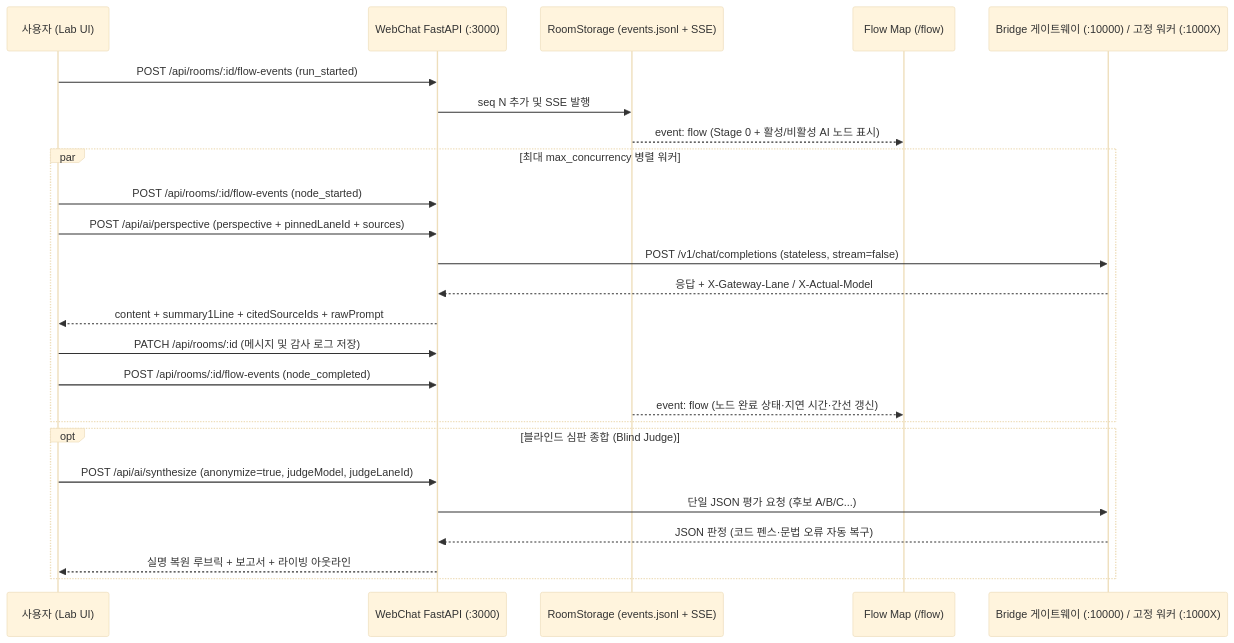
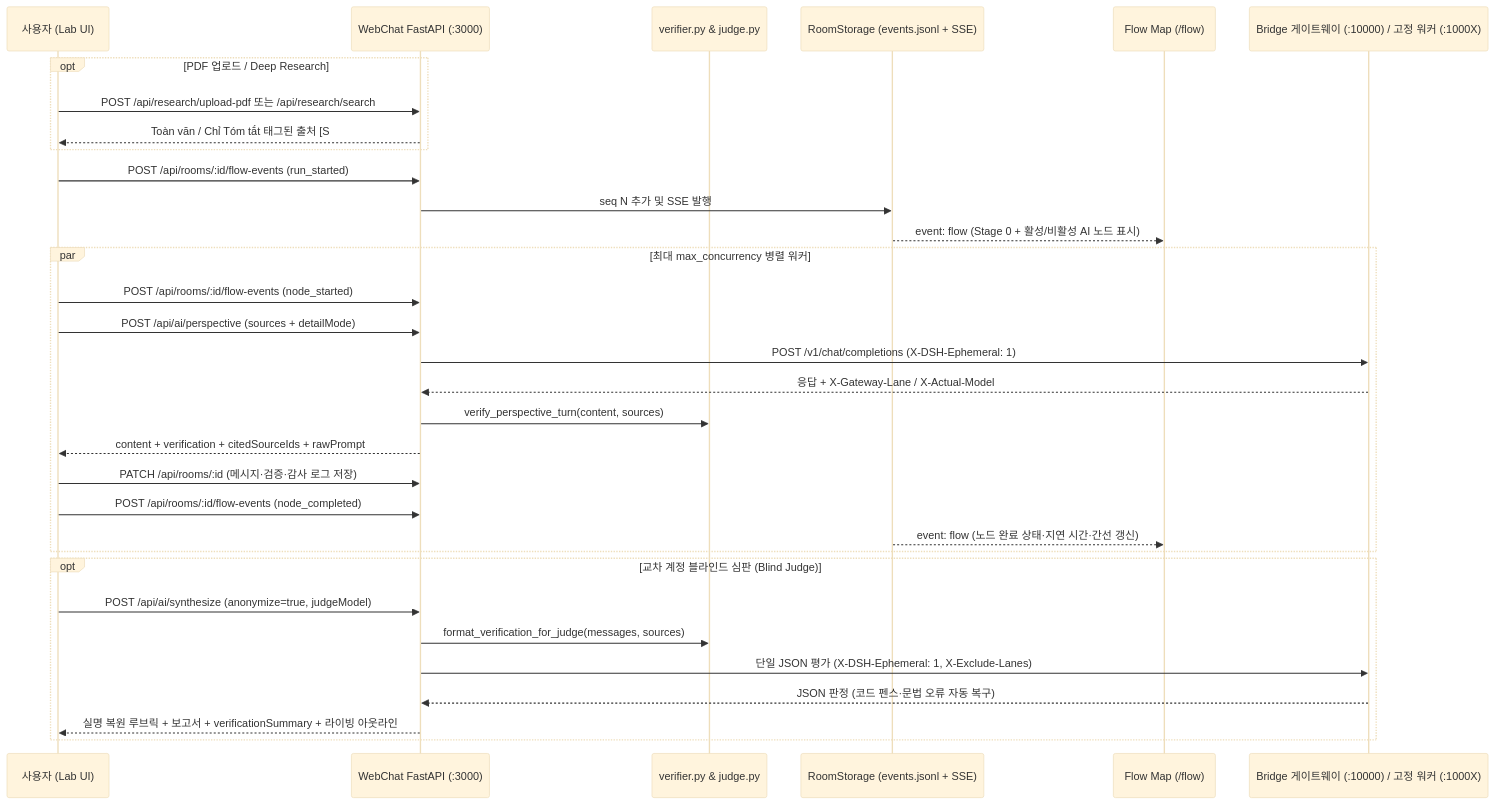
One commit to Khai-1711/research_ai_web changed the second of 2 diagrams in docs/ARCHITECTURE.ko.md. Above: the diagram before and after it, drawn with Mermaid (base theme). The commit also changed other lines of this file and 8 other files, not shown here.

Commit message:
docs: rewrite architecture docs and add step-by-step web usage guide

````diff
--- a/docs/ARCHITECTURE.ko.md
+++ b/docs/ARCHITECTURE.ko.md
@@ -101,30 +109,38 @@
 ```mermaid
 sequenceDiagram
     participant U as 사용자 (Lab UI)
     participant API as WebChat FastAPI (:3000)
+    participant VER as verifier.py & judge.py
     participant ST as RoomStorage (events.jsonl + SSE)
     participant FM as Flow Map (/flow)
     participant BR as Bridge 게이트웨이 (:10000) / 고정 워커 (:1000X)
+
+    opt PDF 업로드 / Deep Research
+        U->>API: POST /api/research/upload-pdf 또는 /api/research/search
+        API-->>U: Toàn văn / Chỉ Tóm tắt 태그된 출처 [S#] (최대 16,000자)
+    end
 
     U->>API: POST /api/rooms/:id/flow-events (run_started)
     API->>ST: seq N 추가 및 SSE 발행
     ST-->>FM: event: flow (Stage 0 + 활성/비활성 AI 노드 표시)
 
     par 최대 max_concurrency 병렬 워커
         U->>API: POST /api/rooms/:id/flow-events (node_started)
-        U->>API: POST /api/ai/perspective (perspective + pinnedLaneId + sources)
-        API->>BR: POST /v1/chat/completions (stateless, stream=false)
+        U->>API: POST /api/ai/perspective (sources + detailMode)
+        API->>BR: POST /v1/chat/completions (X-DSH-Ephemeral: 1)
         BR-->>API: 응답 + X-Gateway-Lane / X-Actual-Model
-        API-->>U: content + summary1Line + citedSourceIds + rawPrompt
-        U->>API: PATCH /api/rooms/:id (메시지 및 감사 로그 저장)
+        API->>VER: verify_perspective_turn(content, sources)
+        API-->>U: content + verification + citedSourceIds + rawPrompt
+        U->>API: PATCH /api/rooms/:id (메시지·검증·감사 로그 저장)
         U->>API: POST /api/rooms/:id/flow-events (node_completed)
         ST-->>FM: event: flow (노드 완료 상태·지연 시간·간선 갱신)
     end
 
-    opt 블라인드 심판 종합 (Blind Judge)
-        U->>API: POST /api/ai/synthesize (anonymize=true, judgeModel, judgeLaneId)
-        API->>BR: 단일 JSON 평가 요청 (후보 A/B/C...)
+    opt 교차 계정 블라인드 심판 (Blind Judge)
+        U->>API: POST /api/ai/synthesize (anonymize=true, judgeModel)
+        API->>VER: format_verification_for_judge(messages, sources)
+        API->>BR: 단일 JSON 평가 (X-DSH-Ephemeral: 1, X-Exclude-Lanes)
         BR-->>API: JSON 판정 (코드 펜스·문법 오류 자동 복구)
-        API-->>U: 실명 복원 루브릭 + 보고서 + 라이빙 아웃라인
+        API-->>U: 실명 복원 루브릭 + 보고서 + verificationSummary + 라이빙 아웃라인
     end
 ```
````
